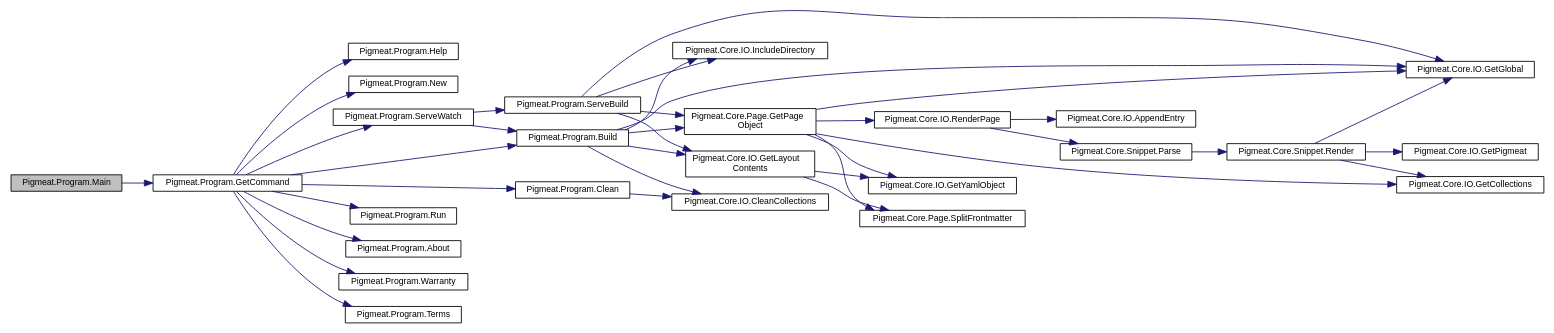
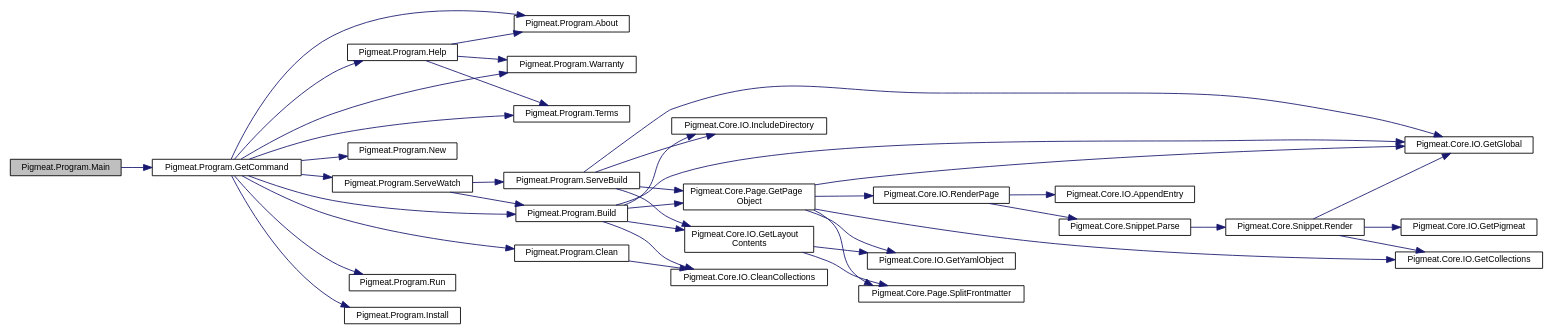
One commit to milovidov983/Pigmeat changed the diagram in class_pigmeat_1_1_program_a3b898a93d66f23079be04ac657013df3_cgraph.dot. Above: the diagram before and after it, drawn with Graphviz. The commit also changed 49 other files, not shown here.

```diff
--- a/class_pigmeat_1_1_program_a3b898a93d66f23079be04ac657013df3_cgraph.dot
+++ b/class_pigmeat_1_1_program_a3b898a93d66f23079be04ac657013df3_cgraph.dot
@@ -3,64 +3,69 @@
   edge [fontname="Helvetica",fontsize="10",labelfontname="Helvetica",labelfontsize="10"];
   node [fontname="Helvetica",fontsize="10",shape=record];
   rankdir="LR";
-  Node57 [label="Pigmeat.Program.Main",height=0.2,width=0.4,color="black", fillcolor="grey75", style="filled", fontcolor="black"];
-  Node57 -> Node58 [color="midnightblue",fontsize="10",style="solid",fontname="Helvetica"];
-  Node58 [label="Pigmeat.Program.GetCommand",height=0.2,width=0.4,color="black", fillcolor="white", style="filled",URL="$class_pigmeat_1_1_program.html#a813269f3c9466bddfa561c72eb56de4f",tooltip="Perform actions specified by command calls "];
-  Node58 -> Node59 [color="midnightblue",fontsize="10",style="solid",fontname="Helvetica"];
-  Node59 [label="Pigmeat.Program.Help",height=0.2,width=0.4,color="black", fillcolor="white", style="filled",URL="$class_pigmeat_1_1_program.html#a5ba96e069c0192950fa044954bca4647",tooltip="Show how to use the Pigmeat tool "];
-  Node58 -> Node60 [color="midnightblue",fontsize="10",style="solid",fontname="Helvetica"];
-  Node60 [label="Pigmeat.Program.New",height=0.2,width=0.4,color="black", fillcolor="white", style="filled",URL="$class_pigmeat_1_1_program.html#a2b436b42fd7f2960d0c73c7fdf7fb444",tooltip="Create a barebones Pigmeat project "];
-  Node58 -> Node61 [color="midnightblue",fontsize="10",style="solid",fontname="Helvetica"];
-  Node61 [label="Pigmeat.Program.Build",height=0.2,width=0.4,color="black", fillcolor="white", style="filled",URL="$class_pigmeat_1_1_program.html#a878beaee804aea5645618e59b1a6d250",tooltip="The standard Pigmeat build process "];
-  Node61 -> Node62 [color="midnightblue",fontsize="10",style="solid",fontname="Helvetica"];
-  Node62 [label="Pigmeat.Core.IO.GetGlobal",height=0.2,width=0.4,color="black", fillcolor="white", style="filled",URL="$class_pigmeat_1_1_core_1_1_i_o.html#a8f84ec34a489ed4c83089b16308ddc7f",tooltip="Get file representing project&#39;s Global context "];
-  Node61 -> Node63 [color="midnightblue",fontsize="10",style="solid",fontname="Helvetica"];
-  Node63 [label="Pigmeat.Core.IO.GetLayout\lContents",height=0.2,width=0.4,color="black", fillcolor="white", style="filled",URL="$class_pigmeat_1_1_core_1_1_i_o.html#ae9cd73892daa23bdf19c9a229fe62b7b",tooltip="Get the contents of Layouts recursively "];
-  Node63 -> Node64 [color="midnightblue",fontsize="10",style="solid",fontname="Helvetica"];
-  Node64 [label="Pigmeat.Core.Page.SplitFrontmatter",height=0.2,width=0.4,color="black", fillcolor="white", style="filled",URL="$class_pigmeat_1_1_core_1_1_page.html#adeeba3432008a2b7718ad52c2e0ae058",tooltip="Gets the YAML of the frontmatter for a given page "];
-  Node63 -> Node65 [color="midnightblue",fontsize="10",style="solid",fontname="Helvetica"];
-  Node65 [label="Pigmeat.Core.IO.GetYamlObject",height=0.2,width=0.4,color="black", fillcolor="white", style="filled",URL="$class_pigmeat_1_1_core_1_1_i_o.html#a65785eb7263115da1c592b06597727f5",tooltip="Convert YAML data into JObject "];
-  Node61 -> Node66 [color="midnightblue",fontsize="10",style="solid",fontname="Helvetica"];
-  Node66 [label="Pigmeat.Core.Page.GetPage\lObject",height=0.2,width=0.4,color="black", fillcolor="white", style="filled",URL="$class_pigmeat_1_1_core_1_1_page.html#a3a2dee942bb7b2f763ce5d1caba4163d",tooltip="Parses a given page into a JObject "];
-  Node66 -> Node64 [color="midnightblue",fontsize="10",style="solid",fontname="Helvetica"];
-  Node66 -> Node65 [color="midnightblue",fontsize="10",style="solid",fontname="Helvetica"];
-  Node66 -> Node62 [color="midnightblue",fontsize="10",style="solid",fontname="Helvetica"];
+  Node66 [label="Pigmeat.Program.Main",height=0.2,width=0.4,color="black", fillcolor="grey75", style="filled", fontcolor="black"];
   Node66 -> Node67 [color="midnightblue",fontsize="10",style="solid",fontname="Helvetica"];
-  Node67 [label="Pigmeat.Core.IO.GetCollections",height=0.2,width=0.4,color="black", fillcolor="white", style="filled",URL="$class_pigmeat_1_1_core_1_1_i_o.html#a95f27be3fb9f5fd7e668f903c4e1cfb4",tooltip="Create a JObject to merge with the Global context containing each collection&#39;s collection.json data "];
-  Node66 -> Node68 [color="midnightblue",fontsize="10",style="solid",fontname="Helvetica"];
-  Node68 [label="Pigmeat.Core.IO.RenderPage",height=0.2,width=0.4,color="black", fillcolor="white", style="filled",URL="$class_pigmeat_1_1_core_1_1_i_o.html#a000f595801bec338426974328b938e6c",tooltip="Take layout, place Markdig-parsed content in layout, evaluate includes, render with Scriban ..."];
+  Node67 [label="Pigmeat.Program.GetCommand",height=0.2,width=0.4,color="black", fillcolor="white", style="filled",URL="$class_pigmeat_1_1_program.html#a813269f3c9466bddfa561c72eb56de4f",tooltip="Perform actions specified by command calls "];
+  Node67 -> Node68 [color="midnightblue",fontsize="10",style="solid",fontname="Helvetica"];
+  Node68 [label="Pigmeat.Program.Help",height=0.2,width=0.4,color="black", fillcolor="white", style="filled",URL="$class_pigmeat_1_1_program.html#a5ba96e069c0192950fa044954bca4647",tooltip="Show how to use the Pigmeat tool "];
   Node68 -> Node69 [color="midnightblue",fontsize="10",style="solid",fontname="Helvetica"];
-  Node69 [label="Pigmeat.Core.Snippet.Parse",height=0.2,width=0.4,color="black", fillcolor="white", style="filled",URL="$class_pigmeat_1_1_core_1_1_snippet.html#a54ea5e1d3a8cd6308a1b1c9f01457146",tooltip="Parses through each {! snippet !} call in a page and evaluates them "];
-  Node69 -> Node70 [color="midnightblue",fontsize="10",style="solid",fontname="Helvetica"];
-  Node70 [label="Pigmeat.Core.Snippet.Render",height=0.2,width=0.4,color="black", fillcolor="white", style="filled",URL="$class_pigmeat_1_1_core_1_1_snippet.html#ac3dd182d3699b9997372e1baa768de2b",tooltip="Renders Snippets "];
-  Node70 -> Node62 [color="midnightblue",fontsize="10",style="solid",fontname="Helvetica"];
-  Node70 -> Node67 [color="midnightblue",fontsize="10",style="solid",fontname="Helvetica"];
-  Node70 -> Node71 [color="midnightblue",fontsize="10",style="solid",fontname="Helvetica"];
-  Node71 [label="Pigmeat.Core.IO.GetPigmeat",height=0.2,width=0.4,color="black", fillcolor="white", style="filled",URL="$class_pigmeat_1_1_core_1_1_i_o.html#ab52a010415630b7063180fd58759eab3",tooltip="Get JObject representing project&#39;s Pigmeat context "];
-  Node68 -> Node72 [color="midnightblue",fontsize="10",style="solid",fontname="Helvetica"];
-  Node72 [label="Pigmeat.Core.IO.AppendEntry",height=0.2,width=0.4,color="black", fillcolor="white", style="filled",URL="$class_pigmeat_1_1_core_1_1_i_o.html#a513be40f796bdadd8f6eb31f2446716a",tooltip="Adds JObject representations of pages in a collection to the collection&#39;s entries field in its collec..."];
-  Node61 -> Node73 [color="midnightblue",fontsize="10",style="solid",fontname="Helvetica"];
-  Node73 [label="Pigmeat.Core.IO.IncludeDirectory",height=0.2,width=0.4,color="black", fillcolor="white", style="filled",URL="$class_pigmeat_1_1_core_1_1_i_o.html#ab8a3a50a1c1ae3b1183e298846b77abd",tooltip="Copy a directory recursively, for if in {{{ global.include }}} "];
-  Node61 -> Node74 [color="midnightblue",fontsize="10",style="solid",fontname="Helvetica"];
-  Node74 [label="Pigmeat.Core.IO.CleanCollections",height=0.2,width=0.4,color="black", fillcolor="white", style="filled",URL="$class_pigmeat_1_1_core_1_1_i_o.html#a0c35ca471821347e16cd0d36a4af6c2f",tooltip="Clean out the entries field in every collection.json file "];
-  Node58 -> Node75 [color="midnightblue",fontsize="10",style="solid",fontname="Helvetica"];
-  Node75 [label="Pigmeat.Program.ServeWatch",height=0.2,width=0.4,color="black", fillcolor="white", style="filled",URL="$class_pigmeat_1_1_program.html#a7fbef86d893429923099420b3748b826",tooltip="Watch the file system for changes (initial component of the serve command) "];
-  Node75 -> Node61 [color="midnightblue",fontsize="10",style="solid",fontname="Helvetica"];
+  Node69 [label="Pigmeat.Program.About",height=0.2,width=0.4,color="black", fillcolor="white", style="filled",URL="$class_pigmeat_1_1_program.html#a9a8bd00e69ab494615e073f050ba2344",tooltip="Show authorship and license information regarding Pigmeat "];
+  Node68 -> Node70 [color="midnightblue",fontsize="10",style="solid",fontname="Helvetica"];
+  Node70 [label="Pigmeat.Program.Warranty",height=0.2,width=0.4,color="black", fillcolor="white", style="filled",URL="$class_pigmeat_1_1_program.html#a1dcbceceda4d4e696d8dbd07aa1bb036",tooltip="Output the warranty disclaimer per the GPL 3.0 license "];
+  Node68 -> Node71 [color="midnightblue",fontsize="10",style="solid",fontname="Helvetica"];
+  Node71 [label="Pigmeat.Program.Terms",height=0.2,width=0.4,color="black", fillcolor="white", style="filled",URL="$class_pigmeat_1_1_program.html#a8ef23dc63330befdb247d0ceac11f600",tooltip="Output the terms and conditions of the GPL 3.0 license "];
+  Node67 -> Node72 [color="midnightblue",fontsize="10",style="solid",fontname="Helvetica"];
+  Node72 [label="Pigmeat.Program.New",height=0.2,width=0.4,color="black", fillcolor="white", style="filled",URL="$class_pigmeat_1_1_program.html#a2b436b42fd7f2960d0c73c7fdf7fb444",tooltip="Create a barebones Pigmeat project "];
+  Node67 -> Node73 [color="midnightblue",fontsize="10",style="solid",fontname="Helvetica"];
+  Node73 [label="Pigmeat.Program.Build",height=0.2,width=0.4,color="black", fillcolor="white", style="filled",URL="$class_pigmeat_1_1_program.html#a878beaee804aea5645618e59b1a6d250",tooltip="The standard Pigmeat build process "];
+  Node73 -> Node74 [color="midnightblue",fontsize="10",style="solid",fontname="Helvetica"];
+  Node74 [label="Pigmeat.Core.IO.GetGlobal",height=0.2,width=0.4,color="black", fillcolor="white", style="filled",URL="$class_pigmeat_1_1_core_1_1_i_o.html#a8f84ec34a489ed4c83089b16308ddc7f",tooltip="Get file representing project&#39;s Global context "];
+  Node73 -> Node75 [color="midnightblue",fontsize="10",style="solid",fontname="Helvetica"];
+  Node75 [label="Pigmeat.Core.IO.GetLayout\lContents",height=0.2,width=0.4,color="black", fillcolor="white", style="filled",URL="$class_pigmeat_1_1_core_1_1_i_o.html#ae9cd73892daa23bdf19c9a229fe62b7b",tooltip="Get the contents of Layouts recursively "];
   Node75 -> Node76 [color="midnightblue",fontsize="10",style="solid",fontname="Helvetica"];
-  Node76 [label="Pigmeat.Program.ServeBuild",height=0.2,width=0.4,color="black", fillcolor="white", style="filled",URL="$class_pigmeat_1_1_program.html#a196f0e133927e9c381295c4915ebdfb2",tooltip="Rebuild changed files (final component of the serve command) "];
-  Node76 -> Node62 [color="midnightblue",fontsize="10",style="solid",fontname="Helvetica"];
-  Node76 -> Node63 [color="midnightblue",fontsize="10",style="solid",fontname="Helvetica"];
-  Node76 -> Node66 [color="midnightblue",fontsize="10",style="solid",fontname="Helvetica"];
-  Node76 -> Node73 [color="midnightblue",fontsize="10",style="solid",fontname="Helvetica"];
-  Node58 -> Node77 [color="midnightblue",fontsize="10",style="solid",fontname="Helvetica"];
-  Node77 [label="Pigmeat.Program.Run",height=0.2,width=0.4,color="black", fillcolor="white", style="filled",URL="$class_pigmeat_1_1_program.html#a5d464c8f6b120a3c279d587c61d18df4",tooltip="Run a plugin "];
-  Node58 -> Node78 [color="midnightblue",fontsize="10",style="solid",fontname="Helvetica"];
-  Node78 [label="Pigmeat.Program.Clean",height=0.2,width=0.4,color="black", fillcolor="white", style="filled",URL="$class_pigmeat_1_1_program.html#aee7bf660974463ceba948a73238f6cbc",tooltip="Clean the Pigmeat output directory "];
+  Node76 [label="Pigmeat.Core.Page.SplitFrontmatter",height=0.2,width=0.4,color="black", fillcolor="white", style="filled",URL="$class_pigmeat_1_1_core_1_1_page.html#adeeba3432008a2b7718ad52c2e0ae058",tooltip="Gets the YAML of the frontmatter for a given page "];
+  Node75 -> Node77 [color="midnightblue",fontsize="10",style="solid",fontname="Helvetica"];
+  Node77 [label="Pigmeat.Core.IO.GetYamlObject",height=0.2,width=0.4,color="black", fillcolor="white", style="filled",URL="$class_pigmeat_1_1_core_1_1_i_o.html#a65785eb7263115da1c592b06597727f5",tooltip="Convert YAML data into JObject "];
+  Node73 -> Node78 [color="midnightblue",fontsize="10",style="solid",fontname="Helvetica"];
+  Node78 [label="Pigmeat.Core.Page.GetPage\lObject",height=0.2,width=0.4,color="black", fillcolor="white", style="filled",URL="$class_pigmeat_1_1_core_1_1_page.html#a3a2dee942bb7b2f763ce5d1caba4163d",tooltip="Parses a given page into a JObject "];
+  Node78 -> Node76 [color="midnightblue",fontsize="10",style="solid",fontname="Helvetica"];
+  Node78 -> Node77 [color="midnightblue",fontsize="10",style="solid",fontname="Helvetica"];
   Node78 -> Node74 [color="midnightblue",fontsize="10",style="solid",fontname="Helvetica"];
-  Node58 -> Node79 [color="midnightblue",fontsize="10",style="solid",fontname="Helvetica"];
-  Node79 [label="Pigmeat.Program.About",height=0.2,width=0.4,color="black", fillcolor="white", style="filled",URL="$class_pigmeat_1_1_program.html#a9a8bd00e69ab494615e073f050ba2344",tooltip="Show authorship and license information regarding Pigmeat "];
-  Node58 -> Node80 [color="midnightblue",fontsize="10",style="solid",fontname="Helvetica"];
-  Node80 [label="Pigmeat.Program.Warranty",height=0.2,width=0.4,color="black", fillcolor="white", style="filled",URL="$class_pigmeat_1_1_program.html#a1dcbceceda4d4e696d8dbd07aa1bb036",tooltip="Output the warranty disclaimer per the GPL 3.0 license "];
-  Node58 -> Node81 [color="midnightblue",fontsize="10",style="solid",fontname="Helvetica"];
-  Node81 [label="Pigmeat.Program.Terms",height=0.2,width=0.4,color="black", fillcolor="white", style="filled",URL="$class_pigmeat_1_1_program.html#a8ef23dc63330befdb247d0ceac11f600",tooltip="Output the terms and conditions of the GPL 3.0 license "];
+  Node78 -> Node79 [color="midnightblue",fontsize="10",style="solid",fontname="Helvetica"];
+  Node79 [label="Pigmeat.Core.IO.GetCollections",height=0.2,width=0.4,color="black", fillcolor="white", style="filled",URL="$class_pigmeat_1_1_core_1_1_i_o.html#a95f27be3fb9f5fd7e668f903c4e1cfb4",tooltip="Create a JObject to merge with the Global context containing each collection&#39;s collection.json data "];
+  Node78 -> Node80 [color="midnightblue",fontsize="10",style="solid",fontname="Helvetica"];
+  Node80 [label="Pigmeat.Core.IO.RenderPage",height=0.2,width=0.4,color="black", fillcolor="white", style="filled",URL="$class_pigmeat_1_1_core_1_1_i_o.html#a000f595801bec338426974328b938e6c",tooltip="Take layout, place Markdig-parsed content in layout, evaluate includes, render with Scriban ..."];
+  Node80 -> Node81 [color="midnightblue",fontsize="10",style="solid",fontname="Helvetica"];
+  Node81 [label="Pigmeat.Core.Snippet.Parse",height=0.2,width=0.4,color="black", fillcolor="white", style="filled",URL="$class_pigmeat_1_1_core_1_1_snippet.html#a54ea5e1d3a8cd6308a1b1c9f01457146",tooltip="Parses through each {! snippet !} call in a page and evaluates them "];
+  Node81 -> Node82 [color="midnightblue",fontsize="10",style="solid",fontname="Helvetica"];
+  Node82 [label="Pigmeat.Core.Snippet.Render",height=0.2,width=0.4,color="black", fillcolor="white", style="filled",URL="$class_pigmeat_1_1_core_1_1_snippet.html#ac3dd182d3699b9997372e1baa768de2b",tooltip="Renders Snippets "];
+  Node82 -> Node74 [color="midnightblue",fontsize="10",style="solid",fontname="Helvetica"];
+  Node82 -> Node79 [color="midnightblue",fontsize="10",style="solid",fontname="Helvetica"];
+  Node82 -> Node83 [color="midnightblue",fontsize="10",style="solid",fontname="Helvetica"];
+  Node83 [label="Pigmeat.Core.IO.GetPigmeat",height=0.2,width=0.4,color="black", fillcolor="white", style="filled",URL="$class_pigmeat_1_1_core_1_1_i_o.html#ab52a010415630b7063180fd58759eab3",tooltip="Get JObject representing project&#39;s Pigmeat context "];
+  Node80 -> Node84 [color="midnightblue",fontsize="10",style="solid",fontname="Helvetica"];
+  Node84 [label="Pigmeat.Core.IO.AppendEntry",height=0.2,width=0.4,color="black", fillcolor="white", style="filled",URL="$class_pigmeat_1_1_core_1_1_i_o.html#a513be40f796bdadd8f6eb31f2446716a",tooltip="Adds JObject representations of pages in a collection to the collection&#39;s entries field in its collec..."];
+  Node73 -> Node85 [color="midnightblue",fontsize="10",style="solid",fontname="Helvetica"];
+  Node85 [label="Pigmeat.Core.IO.IncludeDirectory",height=0.2,width=0.4,color="black", fillcolor="white", style="filled",URL="$class_pigmeat_1_1_core_1_1_i_o.html#ab8a3a50a1c1ae3b1183e298846b77abd",tooltip="Copy a directory recursively, for if in {{{ global.include }}} "];
+  Node73 -> Node86 [color="midnightblue",fontsize="10",style="solid",fontname="Helvetica"];
+  Node86 [label="Pigmeat.Core.IO.CleanCollections",height=0.2,width=0.4,color="black", fillcolor="white", style="filled",URL="$class_pigmeat_1_1_core_1_1_i_o.html#a0c35ca471821347e16cd0d36a4af6c2f",tooltip="Clean out the entries field in every collection.json file "];
+  Node67 -> Node87 [color="midnightblue",fontsize="10",style="solid",fontname="Helvetica"];
+  Node87 [label="Pigmeat.Program.ServeWatch",height=0.2,width=0.4,color="black", fillcolor="white", style="filled",URL="$class_pigmeat_1_1_program.html#a7fbef86d893429923099420b3748b826",tooltip="Watch the file system for changes (initial component of the serve command) "];
+  Node87 -> Node73 [color="midnightblue",fontsize="10",style="solid",fontname="Helvetica"];
+  Node87 -> Node88 [color="midnightblue",fontsize="10",style="solid",fontname="Helvetica"];
+  Node88 [label="Pigmeat.Program.ServeBuild",height=0.2,width=0.4,color="black", fillcolor="white", style="filled",URL="$class_pigmeat_1_1_program.html#a196f0e133927e9c381295c4915ebdfb2",tooltip="Rebuild changed files (final component of the serve command) "];
+  Node88 -> Node74 [color="midnightblue",fontsize="10",style="solid",fontname="Helvetica"];
+  Node88 -> Node75 [color="midnightblue",fontsize="10",style="solid",fontname="Helvetica"];
+  Node88 -> Node78 [color="midnightblue",fontsize="10",style="solid",fontname="Helvetica"];
+  Node88 -> Node85 [color="midnightblue",fontsize="10",style="solid",fontname="Helvetica"];
+  Node67 -> Node89 [color="midnightblue",fontsize="10",style="solid",fontname="Helvetica"];
+  Node89 [label="Pigmeat.Program.Run",height=0.2,width=0.4,color="black", fillcolor="white", style="filled",URL="$class_pigmeat_1_1_program.html#a5d464c8f6b120a3c279d587c61d18df4",tooltip="Run a plugin "];
+  Node67 -> Node90 [color="midnightblue",fontsize="10",style="solid",fontname="Helvetica"];
+  Node90 [label="Pigmeat.Program.Install",height=0.2,width=0.4,color="black", fillcolor="white", style="filled",URL="$class_pigmeat_1_1_program.html#a48e58e60d726bd462ea0d01e075fc3f1",tooltip="Install a Pigmeat theme "];
+  Node67 -> Node91 [color="midnightblue",fontsize="10",style="solid",fontname="Helvetica"];
+  Node91 [label="Pigmeat.Program.Clean",height=0.2,width=0.4,color="black", fillcolor="white", style="filled",URL="$class_pigmeat_1_1_program.html#aee7bf660974463ceba948a73238f6cbc",tooltip="Clean the Pigmeat output directory "];
+  Node91 -> Node86 [color="midnightblue",fontsize="10",style="solid",fontname="Helvetica"];
+  Node67 -> Node69 [color="midnightblue",fontsize="10",style="solid",fontname="Helvetica"];
+  Node67 -> Node70 [color="midnightblue",fontsize="10",style="solid",fontname="Helvetica"];
+  Node67 -> Node71 [color="midnightblue",fontsize="10",style="solid",fontname="Helvetica"];
 }
```
